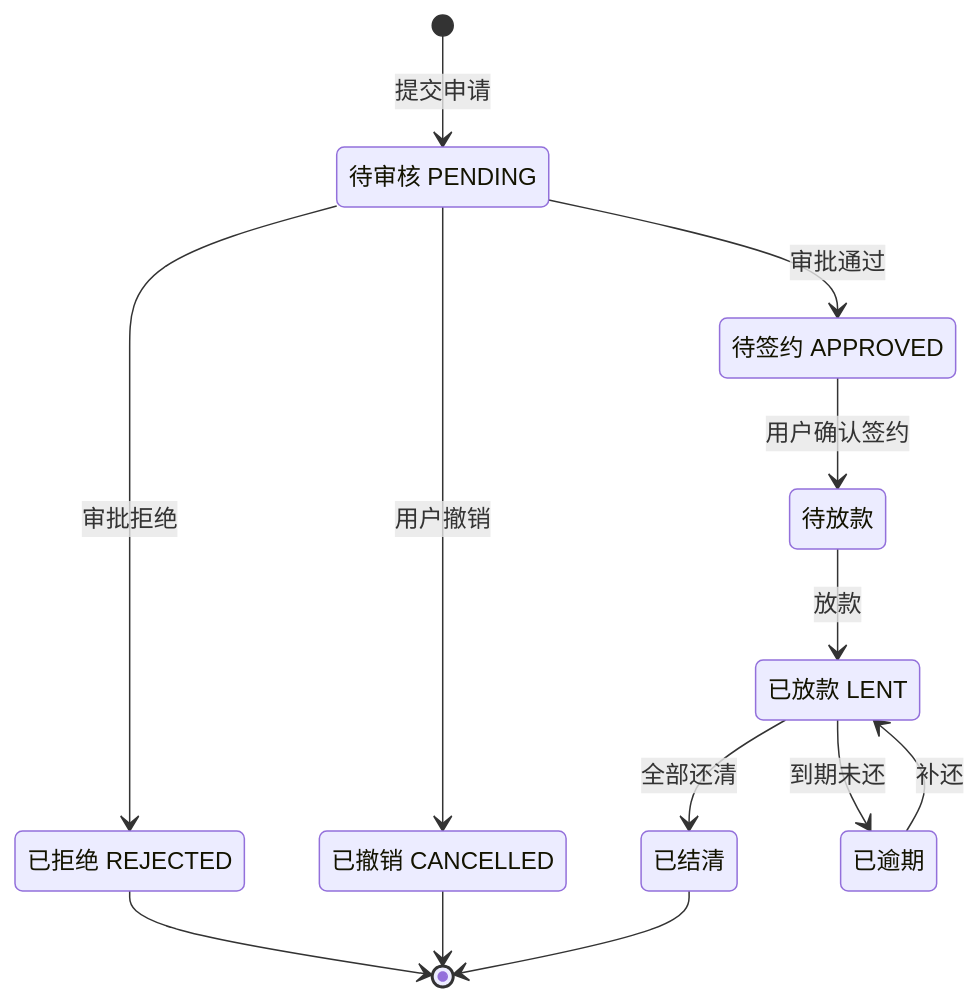
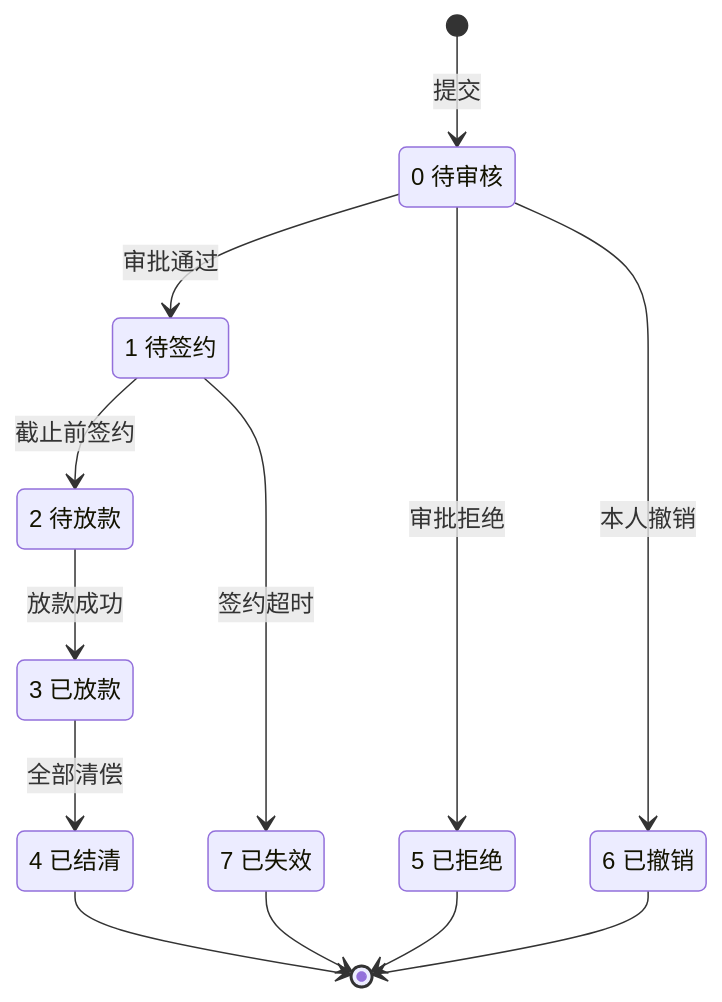
The second of 2 diagrams in docs/02-功能需求分析.md (suwa-ko/FinLend), drawn with Mermaid before and after one commit. The commit also changed other lines of this file and 7 other files, not shown here.

````diff
--- a/docs/02-功能需求分析.md
+++ b/docs/02-功能需求分析.md
@@ -145,24 +145,23 @@
 ```mermaid
 stateDiagram-v2
-    state "待审核 PENDING" as PENDING
-    state "待签约 APPROVED" as APPROVED
-    state "待放款" as WAIT_LEND
-    state "已放款 LENT" as LENT
-    state "已拒绝 REJECTED" as REJECTED
-    state "已撤销 CANCELLED" as CANCELLED
-    state "已结清" as SETTLED
-    state "已逾期" as OVERDUE
-
-    [*] --> PENDING : 提交申请
+    state "0 待审核" as PENDING
+    state "1 待签约" as APPROVED
+    state "2 待放款" as WAIT_LEND
+    state "3 已放款" as LENT
+    state "4 已结清" as SETTLED
+    state "5 已拒绝" as REJECTED
+    state "6 已撤销" as CANCELLED
+    state "7 已失效" as EXPIRED
+    [*] --> PENDING : 提交
     PENDING --> APPROVED : 审批通过
     PENDING --> REJECTED : 审批拒绝
-    PENDING --> CANCELLED : 用户撤销
-    APPROVED --> WAIT_LEND : 用户确认签约
+    PENDING --> CANCELLED : 本人撤销
+    APPROVED --> WAIT_LEND : 截止前签约
+    APPROVED --> EXPIRED : 签约超时
+    WAIT_LEND --> LENT : 放款成功
+    LENT --> SETTLED : 全部清偿
+    SETTLED --> [*]
     REJECTED --> [*]
     CANCELLED --> [*]
-    WAIT_LEND --> LENT : 放款
-    LENT --> SETTLED : 全部还清
-    LENT --> OVERDUE : 到期未还
-    OVERDUE --> LENT : 补还
-    SETTLED --> [*]
+    EXPIRED --> [*]
 ```
````
